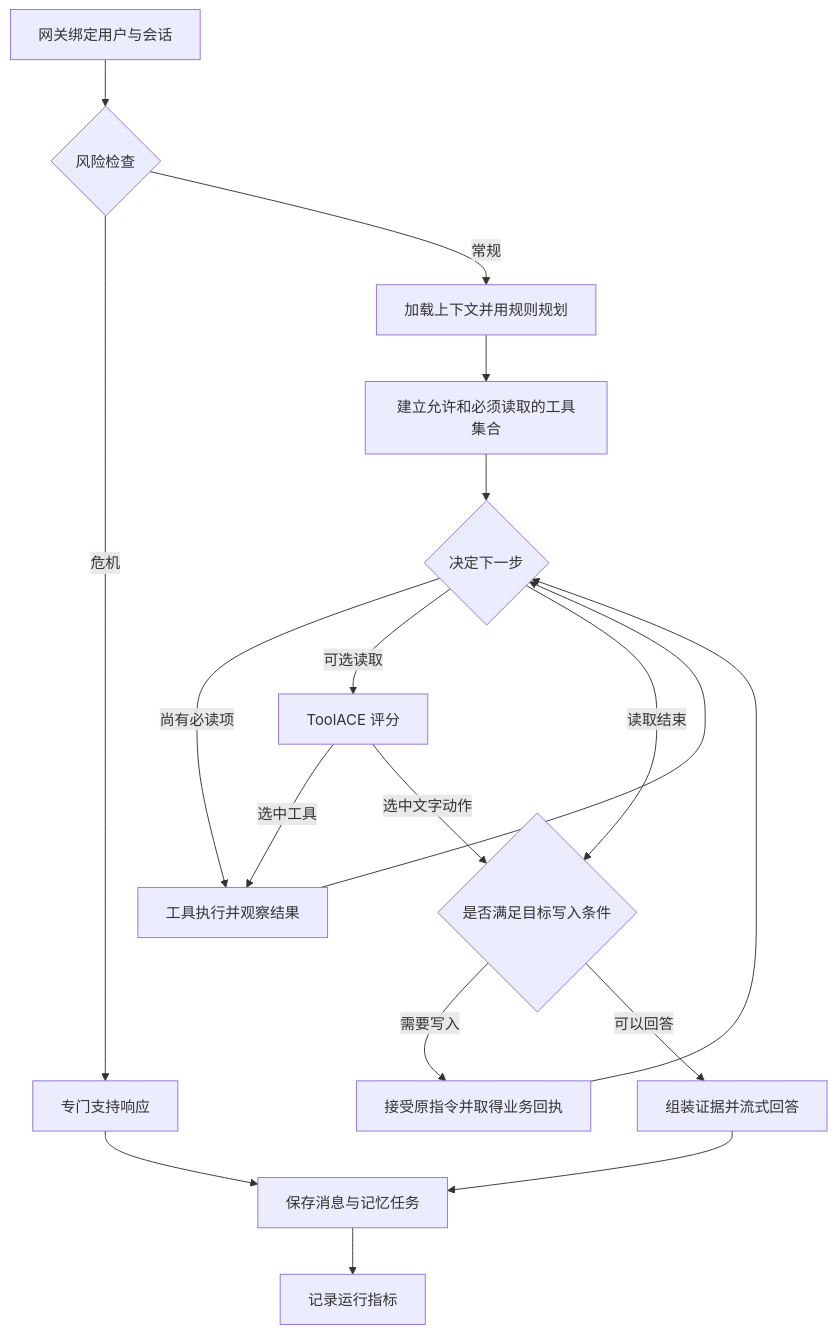
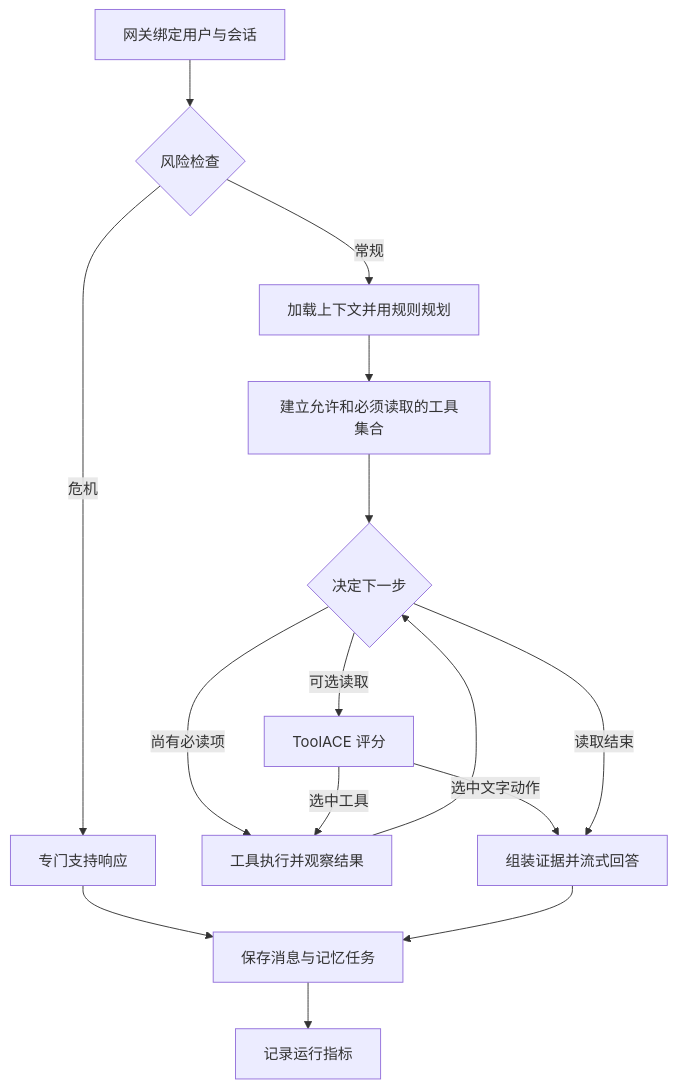
The second of 2 diagrams in docs/architecture.md (Vaniloo/psych-agent-engineering), drawn with Mermaid before and after one commit. The commit also changed other lines of this file and 141 other files, not shown here.

````diff
--- a/docs/architecture.md
+++ b/docs/architecture.md
@@ -28,20 +28,17 @@
 ```mermaid
 flowchart TD
   A[网关绑定用户与会话] --> B{风险检查}
   B -->|危机| C[专门支持响应]
   B -->|常规| D[加载上下文并用规则规划]
   D --> E[建立允许和必须读取的工具集合]
   E --> F{决定下一步}
   F -->|尚有必读项| G[工具执行并观察结果]
   F -->|可选读取| Q[ToolACE 评分]
   Q -->|选中工具| G
   G --> F
-  Q -->|选中文字动作| H{是否满足目标写入条件}
-  F -->|读取结束| H
-  H -->|需要写入| W[接受原指令并取得业务回执]
-  W --> F
-  H -->|可以回答| R[组装证据并流式回答]
+  Q -->|选中文字动作| R[组装证据并流式回答]
+  F -->|读取结束| R
   C --> P[保存消息与记忆任务]
   R --> P
   P --> Z[记录运行指标]
 ```
````
